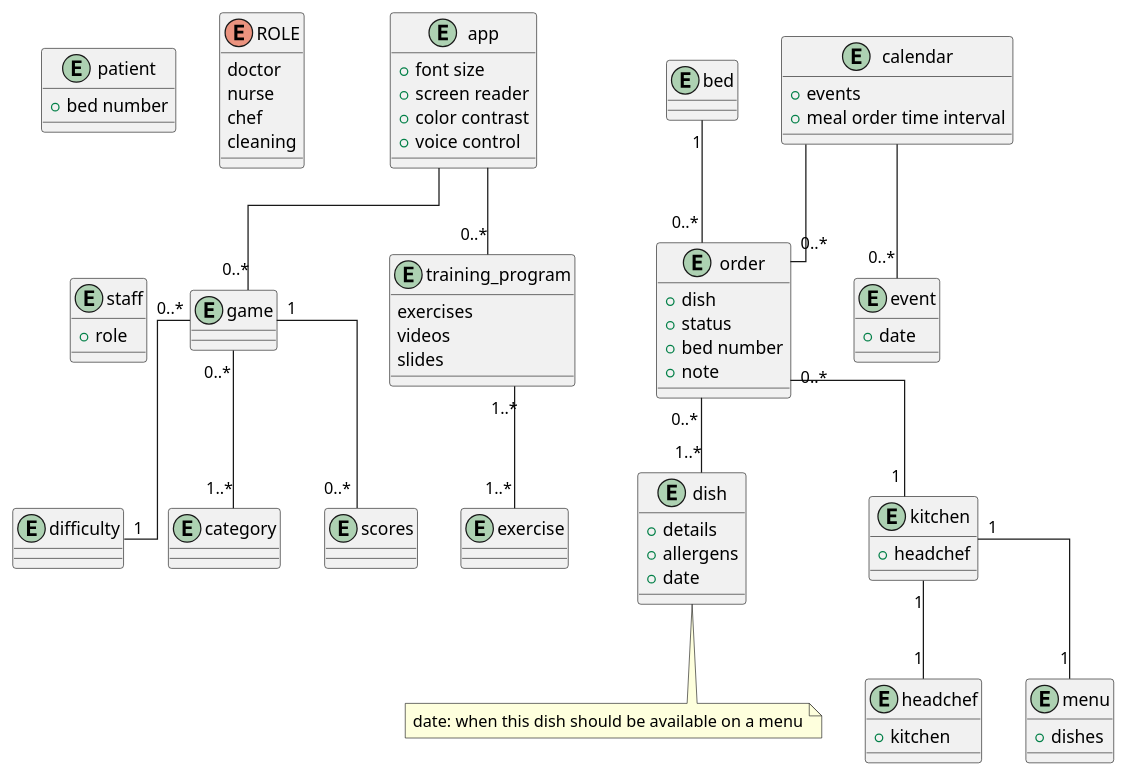
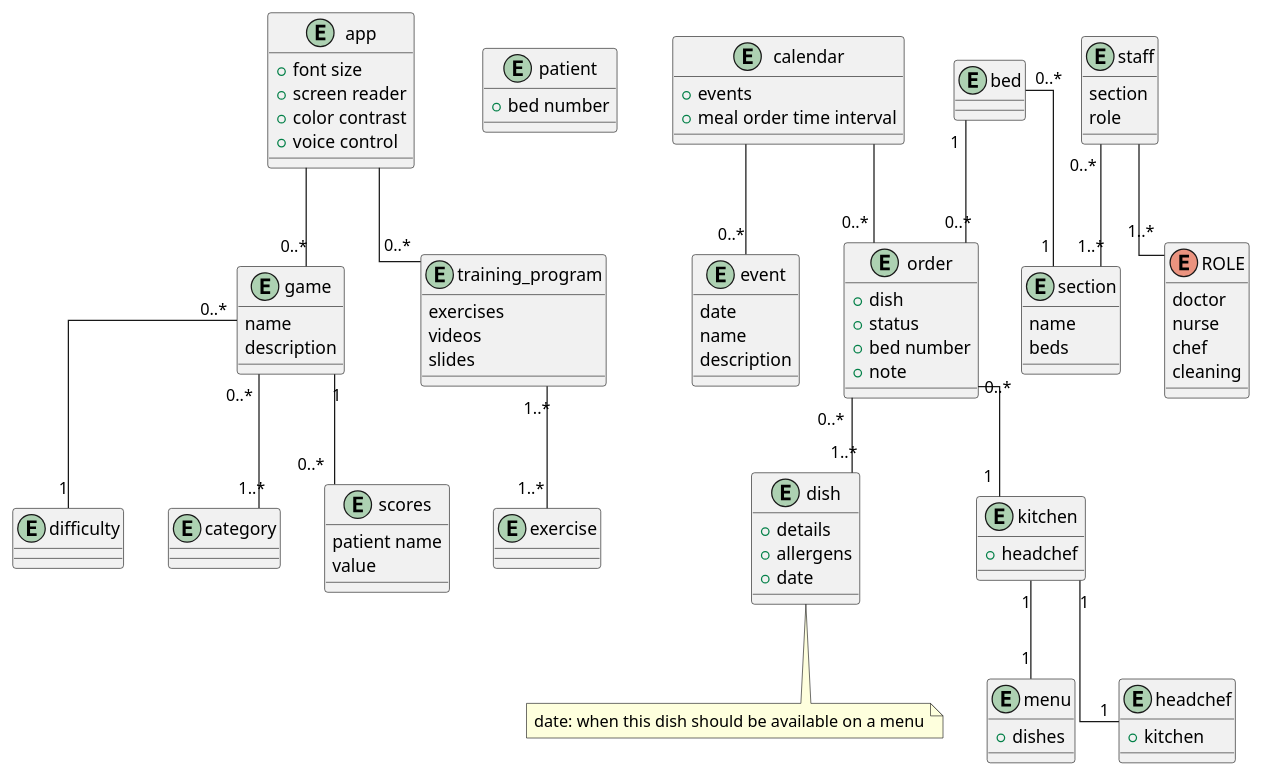
The diagram in puml/domain-model.puml (Oskar123456/SYSDAT-F25-TEAM-G), drawn with PlantUML before and after one commit. The commit also changed 3 other files, not shown here.

Commit message:
fix mistakes in diagrams

```diff
--- a/puml/domain-model.puml
+++ b/puml/domain-model.puml
@@ -15,118 +15,134 @@
 @startuml
 /'!theme cerulean'/
 skinparam linetype ortho
 
 entity app {
     +font size
     +screen reader
     +color contrast
     +voice control
 }
 
 entity patient {
     +bed number
 }
 
 entity bed {
     
 }
 
 entity order {
     +dish
     +status
     +bed number
     +note
 }
 
 entity dish {
     +details
     +allergens
     +date
 }
 note bottom: date: when this dish should be available on a menu
 
 entity kitchen {
     +headchef
 }
 
 entity game {
+    name
+    description
 }
 
 entity difficulty {
 }
 
 entity category {
 }
 
 entity scores {
+    patient name
+    value
 }
 
 entity headchef {
     +kitchen
 }
 
 entity menu {
     +dishes
 }
 
 entity calendar {
     +events
     +meal order time interval
 }
 
 entity event {
-    +date
+    date
+    name
+    description
 }
 
 enum ROLE {
     doctor
     nurse
     chef
     cleaning
 }
 
 entity staff {
-    +role
+    section
+    role
 }
 
 entity training_program {
     exercises
     videos
     slides
 }
 
 entity exercise {
 }
 
+entity section {
+    name
+    beds
+}
+
 /' 
 
     RELATIONS
     
 '/
 
+staff "0..*" -- "1..*" section
+bed "0..*" -- "1" section
 bed "1" -- "0..*" order
 order "0..*" -- "1..*" dish
 order "0..*" -- "1" kitchen
 
 game "0..*" -- "1" difficulty
 game "0..*" -- "1..*" category
 game "1" -- "0..*" scores
 
 kitchen "1" -- "1" menu
 kitchen "1" -- "1" headchef
 
 calendar -- "0..*" event
 calendar -- "0..*" order
 
 training_program "1..*" -- "1..*" exercise
 
 app -- "0..*" game
 app -- "0..*" training_program
 
+staff -- "1..*" ROLE
+
 /' 
 
     NOTES 
     
 '/
 
 @enduml
```
